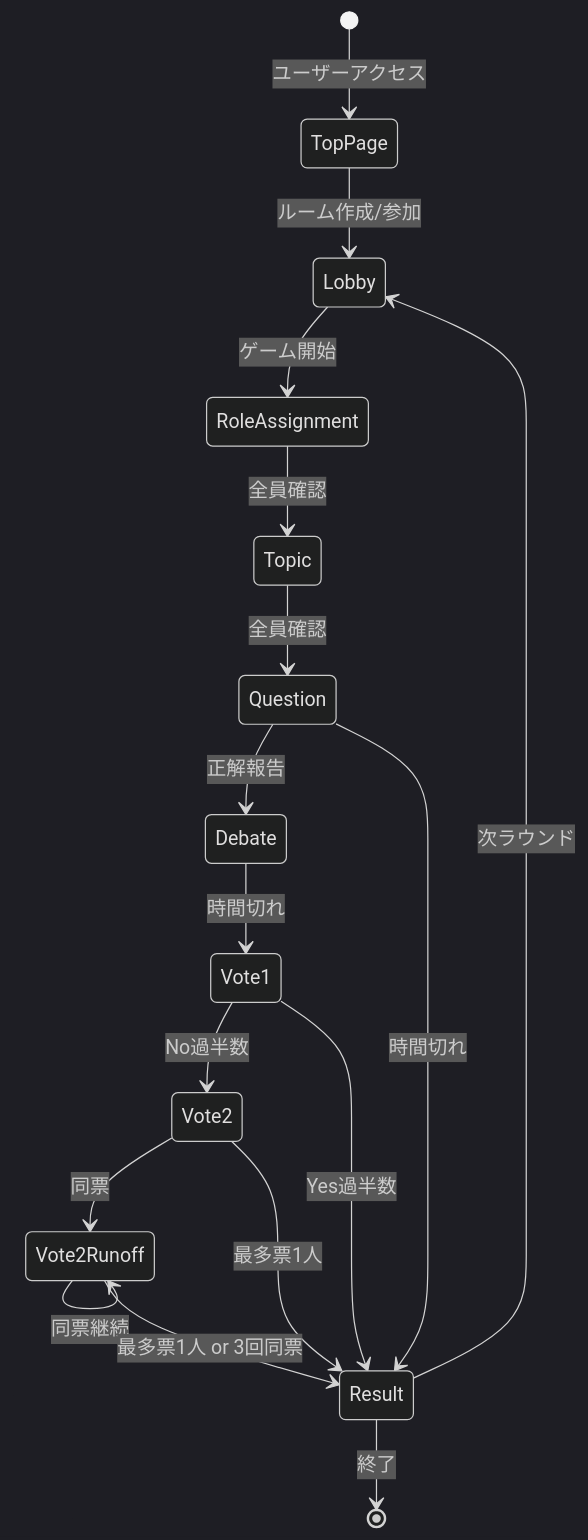
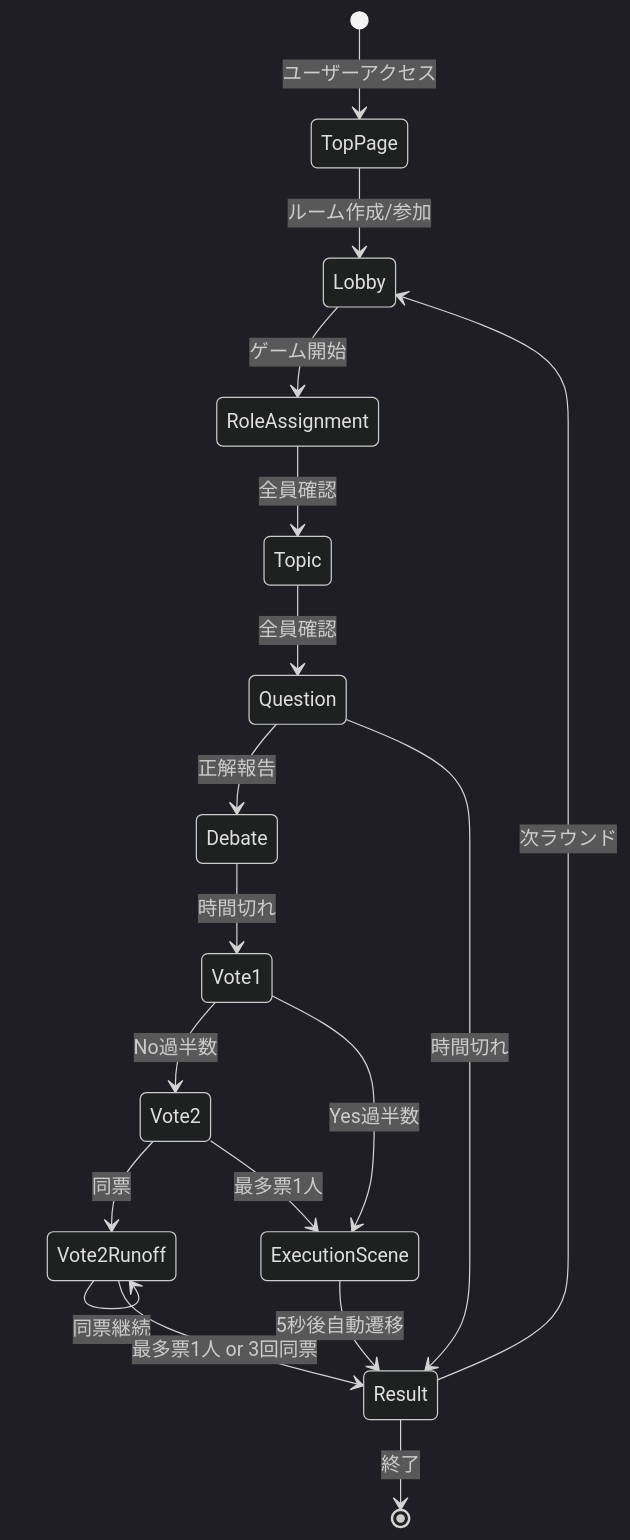
One commit to MasakiEndo44/Insider_game changed the sixth of 7 diagrams in docs/UI_FLOWCHART.md. Above: the diagram before and after it, drawn with Mermaid (dark theme). The commit also changed 15 other files, not shown here.

Commit message:
feat: Implement an execution scene with animations, integrate it into the voting flow, and refine role confirmation with a new RPC function.

````diff
--- a/docs/UI_FLOWCHART.md
+++ b/docs/UI_FLOWCHART.md
@@ -254,19 +254,20 @@
 ```mermaid
 stateDiagram-v2
     [*] --> TopPage: ユーザーアクセス
     TopPage --> Lobby: ルーム作成/参加
     Lobby --> RoleAssignment: ゲーム開始
     RoleAssignment --> Topic: 全員確認
     Topic --> Question: 全員確認
     Question --> Debate: 正解報告
     Question --> Result: 時間切れ
     Debate --> Vote1: 時間切れ
     Vote1 --> Vote2: No過半数
-    Vote1 --> Result: Yes過半数
+    Vote1 --> ExecutionScene: Yes過半数
+    ExecutionScene --> Result: 5秒後自動遷移
     Vote2 --> Vote2Runoff: 同票
-    Vote2 --> Result: 最多票1人
+    Vote2 --> ExecutionScene: 最多票1人
     Vote2Runoff --> Vote2Runoff: 同票継続
     Vote2Runoff --> Result: 最多票1人 or 3回同票
     Result --> Lobby: 次ラウンド
     Result --> [*]: 終了
 ```
````
